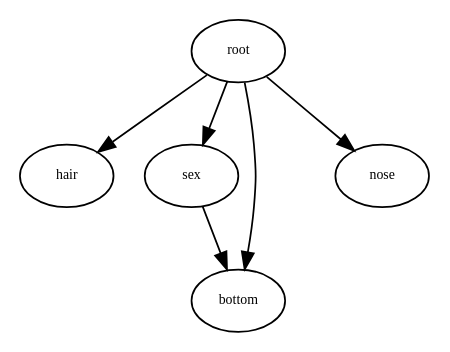
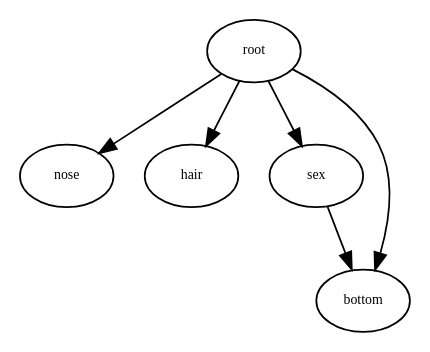
Before and after one commit to chubas/beagle: the diagram in graph.dot, drawn with Graphviz. The commit also changed other lines of this file and 3 other files, not shown here.

```diff
--- a/graph.dot
+++ b/graph.dot
@@ -1,46 +1,46 @@
 digraph RGL__DirectedAdjacencyGraph {
+    nose [
+        fontsize = 8,
+        label = nose
+    ]
+
     hair [
         fontsize = 8,
         label = hair
     ]
 
     sex [
         fontsize = 8,
         label = sex
     ]
 
     root [
         fontsize = 8,
         label = root
     ]
 
     bottom [
         fontsize = 8,
         label = bottom
     ]
 
-    nose [
-        fontsize = 8,
-        label = nose
+    sex -> bottom [
+        fontsize = 8
     ]
 
-    sex -> bottom [
+    root -> nose [
         fontsize = 8
     ]
 
     root -> hair [
         fontsize = 8
     ]
 
     root -> sex [
         fontsize = 8
     ]
 
     root -> bottom [
         fontsize = 8
     ]
-
-    root -> nose [
-        fontsize = 8
-    ]
 }
```
